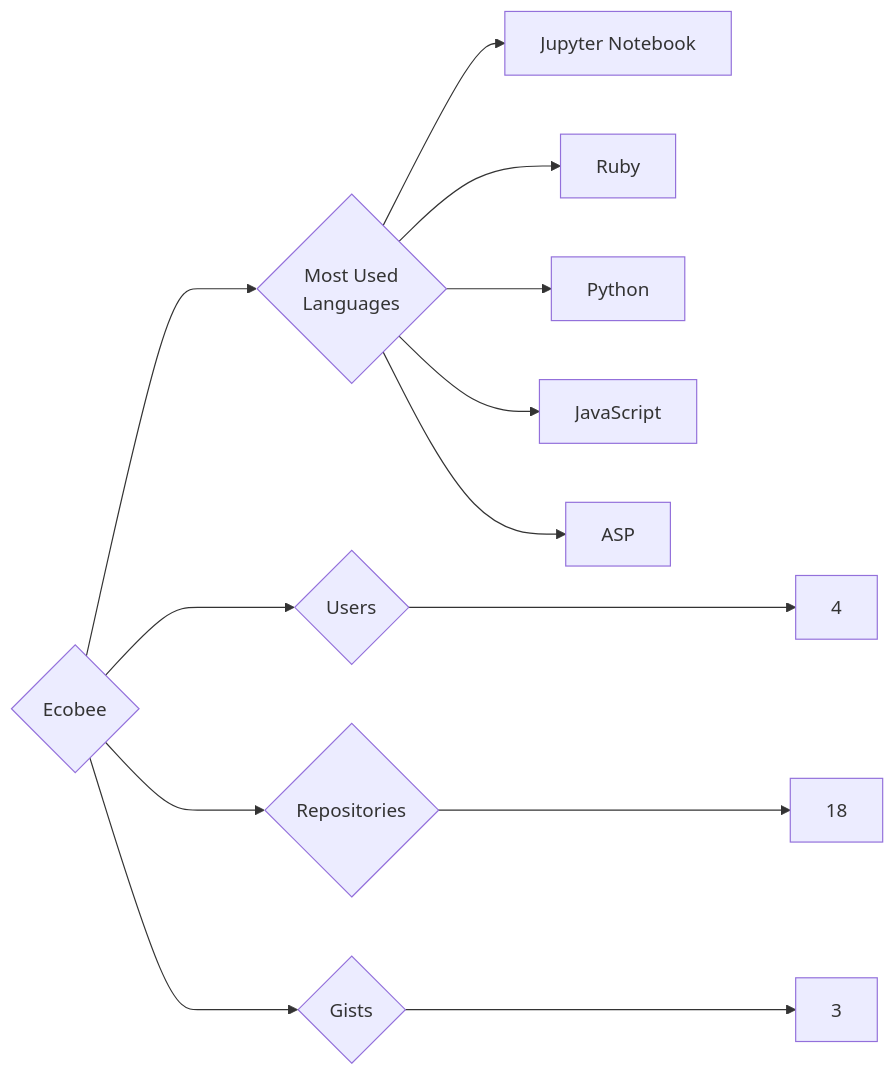
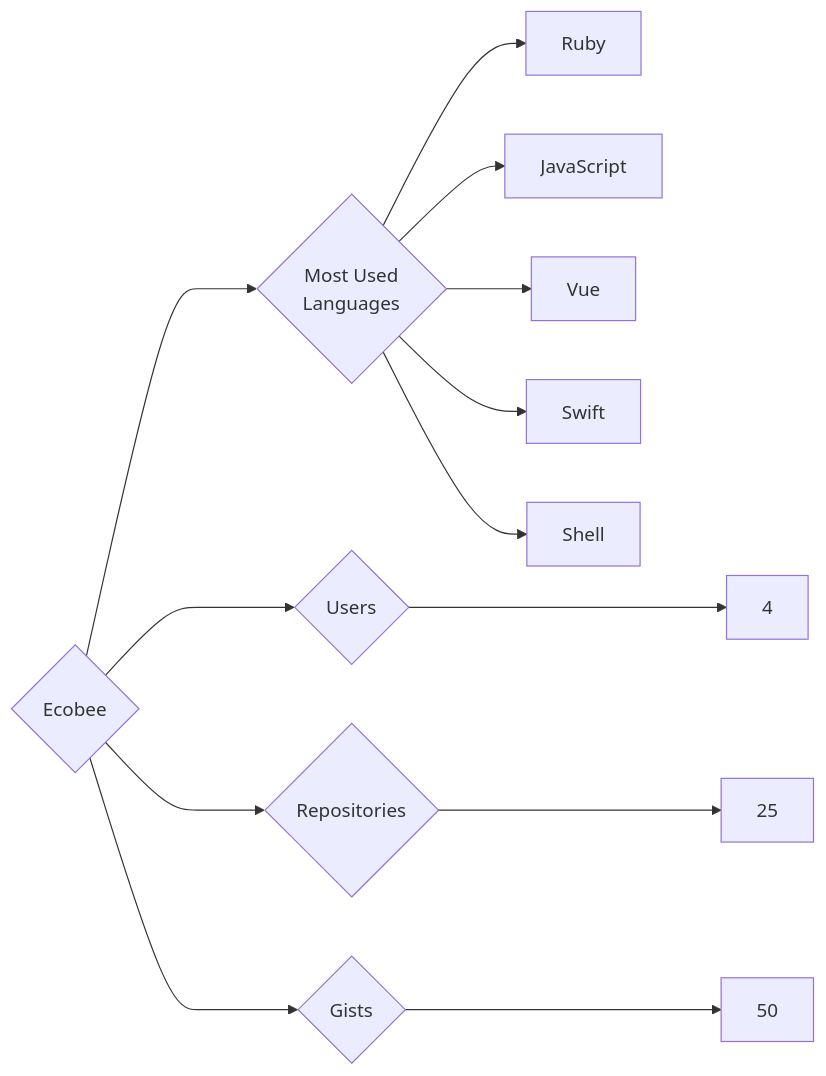
Before and after one commit to trickest/insiders: the diagram in targets/Ecobee/README.md, drawn with Mermaid. The commit also changed 985 other files, not shown here.

````diff
--- a/targets/Ecobee/README.md
+++ b/targets/Ecobee/README.md
@@ -3,13 +3,13 @@
 ```mermaid
 graph LR
 COMPANY_NAME{Ecobee}
 COMPANY_NAME ---> U{Users} ---> UN[4]
-COMPANY_NAME ---> R{Repositories} ---> RN[18]
-COMPANY_NAME ---> G{Gists} ---> GN[3]
+COMPANY_NAME ---> R{Repositories} ---> RN[25]
+COMPANY_NAME ---> G{Gists} ---> GN[50]
 COMPANY_NAME ---> ML{Most Used<br>Languages}
-ML --> Jupyter_Notebook[Jupyter Notebook]
 ML --> Ruby[Ruby]
-ML --> Python[Python]
 ML --> JavaScript[JavaScript]
-ML --> ASP[ASP]
+ML --> Vue[Vue]
+ML --> Swift[Swift]
+ML --> Shell[Shell]
 ```
````
